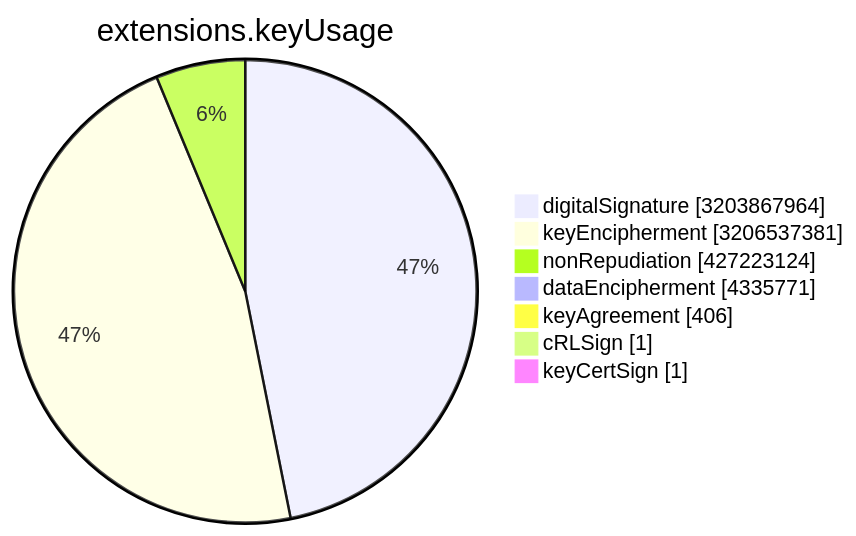
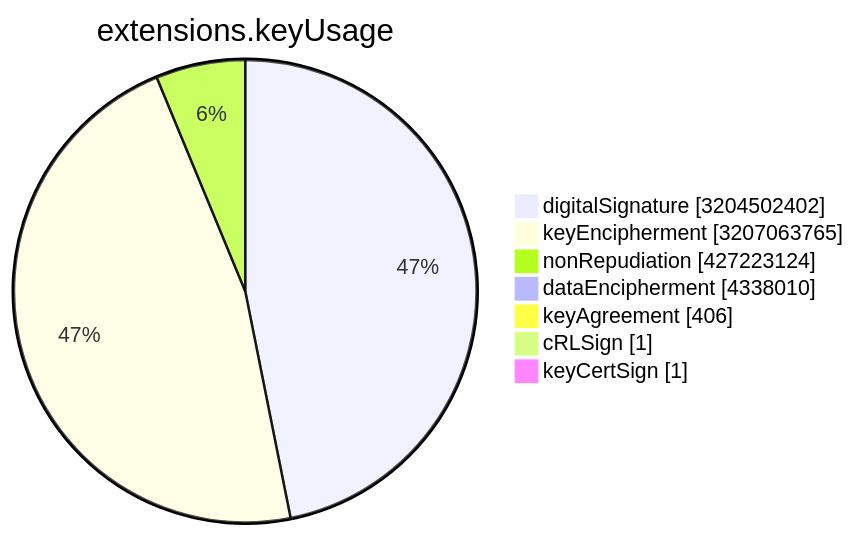
One commit to christiankrug/ctmonitor_visualization changed the sixth of 15 diagrams in TOTAL/README.md. Above: the diagram before and after it, drawn with Mermaid. The commit also changed other lines of this file, not shown here.

````diff
--- a/TOTAL/README.md
+++ b/TOTAL/README.md
@@ -3077,11 +3077,11 @@
 ```mermaid
 pie showData
 title extensions.keyUsage
-"digitalSignature" :3203867964
-"keyEncipherment" :3206537381
+"digitalSignature" :3204502402
+"keyEncipherment" :3207063765
 "nonRepudiation" :427223124
-"dataEncipherment" :4335771
+"dataEncipherment" :4338010
 "keyAgreement" :406
 "cRLSign" :1
 "keyCertSign" :1
 ```
````
